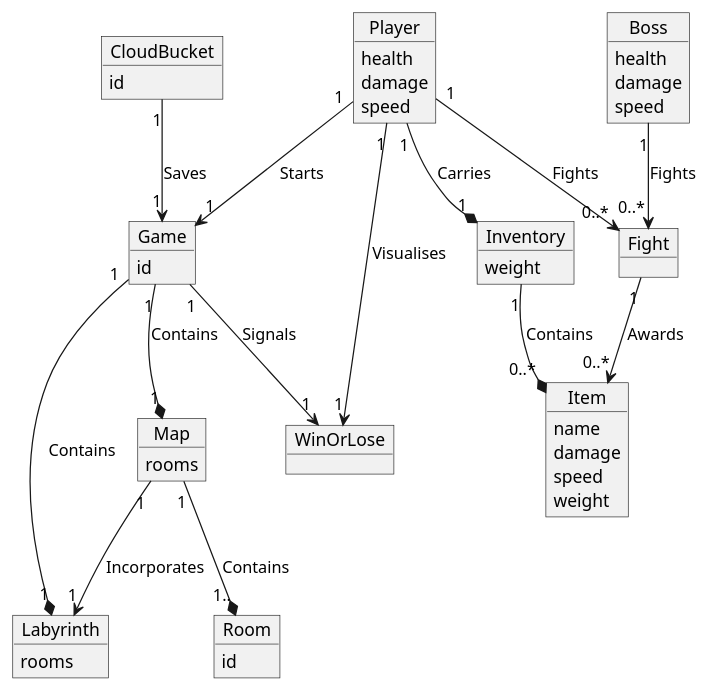
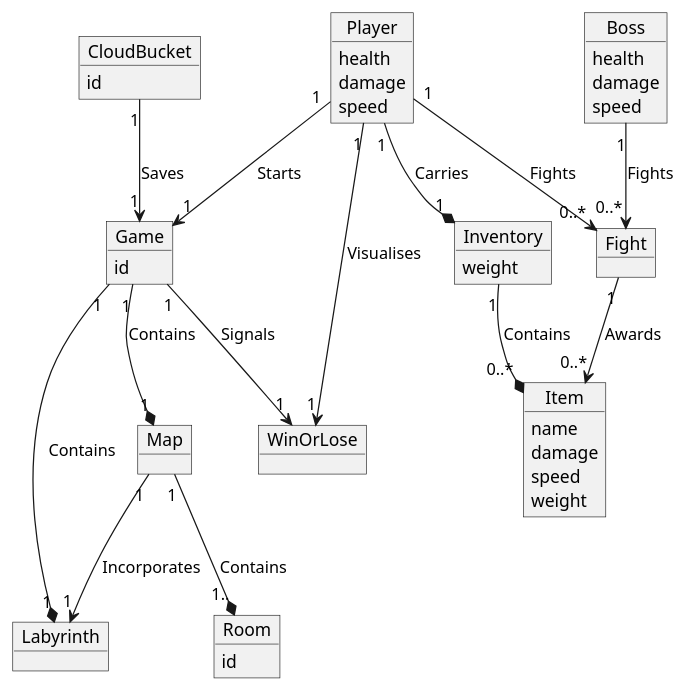
Before and after one commit to 1smaa/progettoedids: the diagram in Domain_model.md, drawn with PlantUML. The commit also changed other lines of this file, not shown here.

````diff
--- a/Domain_model.md
+++ b/Domain_model.md
@@ -7,54 +7,50 @@
 ```plantuml
 @startuml
 object Player {
     health
     damage
     speed
 }
 object Boss {
     health
     damage
     speed
 }
 object Inventory {
     weight
 }
 object Item {
     name
     damage
     speed
     weight
 }
-object Labyrinth {
-    rooms
-}
+object Labyrinth 
 object Game {
     id
 }
-object Map {
-    rooms
-}
+object Map
 object Room {
     id
 }
 object CloudBucket {
     id
 }
 object Fight
 object WinOrLose
 
 Game "1" --* "1" Labyrinth : Contains
 Game "1" --* "1" Map : Contains
 Map "1" --* "1.." Room : Contains
 Map "1" --> "1" Labyrinth : Incorporates
 Inventory "1" --* "0..*" Item : Contains
 Player "1" --> "0..*" Fight : Fights
 Boss "1" --> "0..*" Fight : Fights
 Player "1" --* "1" Inventory : Carries
 Fight "1" --> "0..*" Item : Awards
 Player "1" --> "1" Game : Starts
 Game "1" --> "1" WinOrLose : Signals
 Player "1" --> "1" WinOrLose : Visualises
 CloudBucket "1" --> "1" Game : Saves
 @enduml
 ```
````
